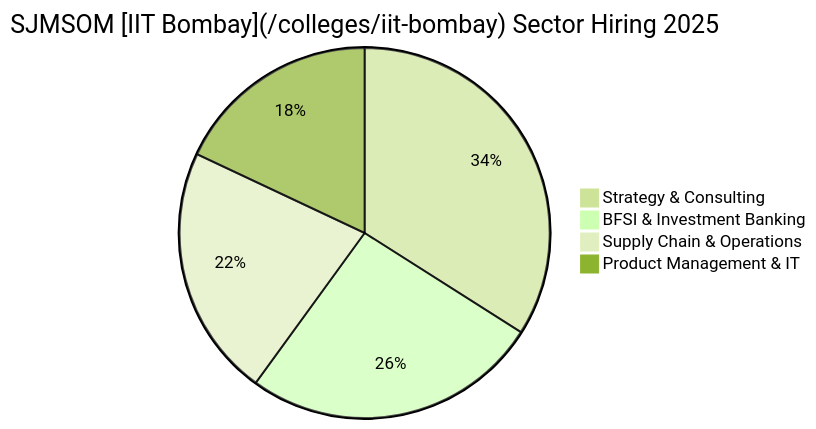
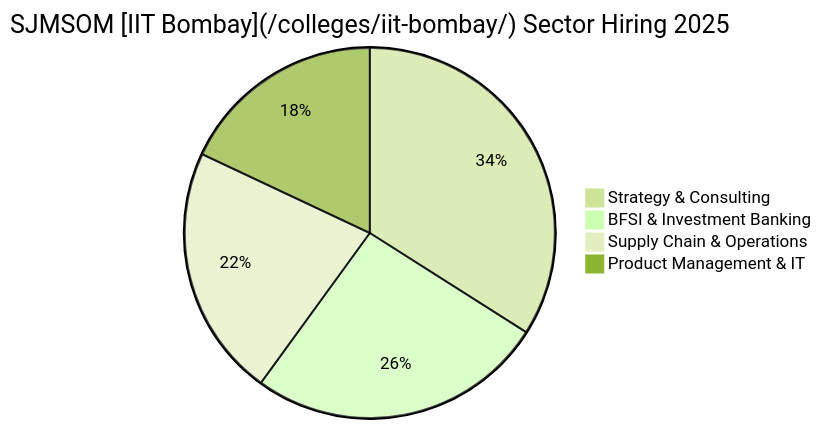
One commit to mohitjaincounsellingmba/careerwithmohit changed the diagram in posts/sjmsom-iit-bombay-mba-placement-report-2027-29.md. Above: the diagram before and after it, drawn with Mermaid (forest theme). The commit also changed other lines of this file and 2008 other files, not shown here.

````diff
--- a/posts/sjmsom-iit-bombay-mba-placement-report-2027-29.md
+++ b/posts/sjmsom-iit-bombay-mba-placement-report-2027-29.md
@@ -71,7 +71,7 @@
 ```mermaid
-pie title SJMSOM [IIT Bombay](/colleges/iit-bombay) Sector Hiring 2025
+pie title SJMSOM [IIT Bombay](/colleges/iit-bombay/) Sector Hiring 2025
     "Strategy & Consulting" : 34
     "BFSI & Investment Banking" : 26
     "Supply Chain & Operations" : 22
     "Product Management & IT" : 18
 ```
````
